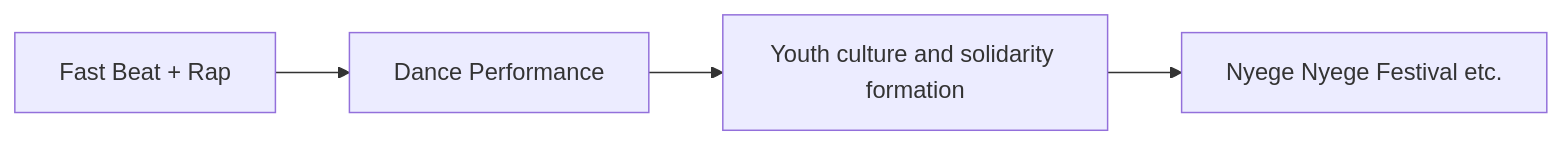
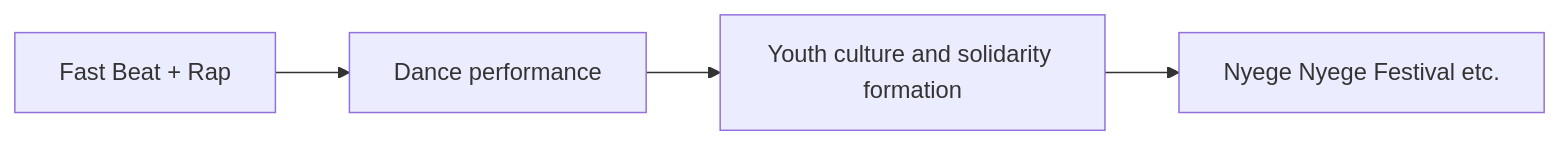
Before and after one commit to monumental-movement/monumental-movement.github.io: the second of 6 diagrams in en/_posts/2025-10-04-Column-Nyege-Nyege.md, drawn with Mermaid. The commit also changed other lines of this file and 214 other files, not shown here.

```diff
--- a/en/_posts/2025-10-04-Column-Nyege-Nyege.md
+++ b/en/_posts/2025-10-04-Column-Nyege-Nyege.md
@@ -137,8 +137,8 @@
 <div class="mermaid">
 
 flowchart LR
-    Music["Fast Beat + Rap"] --> Dance["Dance Performance"]
+    Music["Fast Beat + Rap"] --> Dance["Dance performance"]
     Dance --> Community["Youth culture and solidarity formation"]
     Community --> Festivals["Nyege Nyege Festival etc."]
 
 </div>
```
